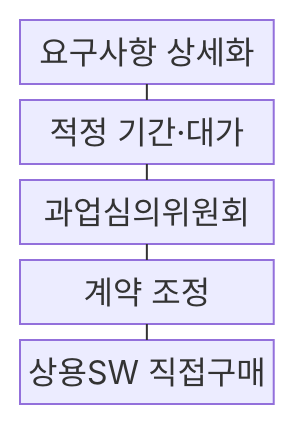
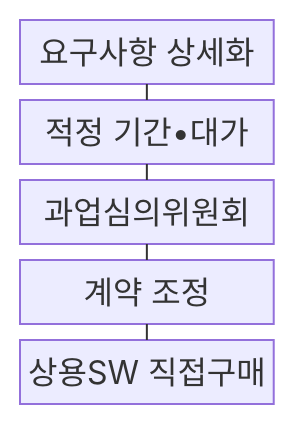
The first of 2 diagrams in src/content/docs/notes/03-software/227_software_promotion_act.md (agnusdei1207/knowledge-base), drawn with Mermaid before and after one commit. The commit also changed other lines of this file and 953 other files, not shown here.

````diff
--- a/src/content/docs/notes/03-software/227_software_promotion_act.md
+++ b/src/content/docs/notes/03-software/227_software_promotion_act.md
@@ -67,13 +67,13 @@
 ```mermaid
 block-beta
     columns 1
     A["요구사항 상세화"]
-    B["적정 기간·대가"]
+    B["적정 기간•대가"]
     C["과업심의위원회"]
     D["계약 조정"]
     E["상용SW 직접구매"]
     A --- B
     B --- C
     C --- D
     D --- E
 ```
````
